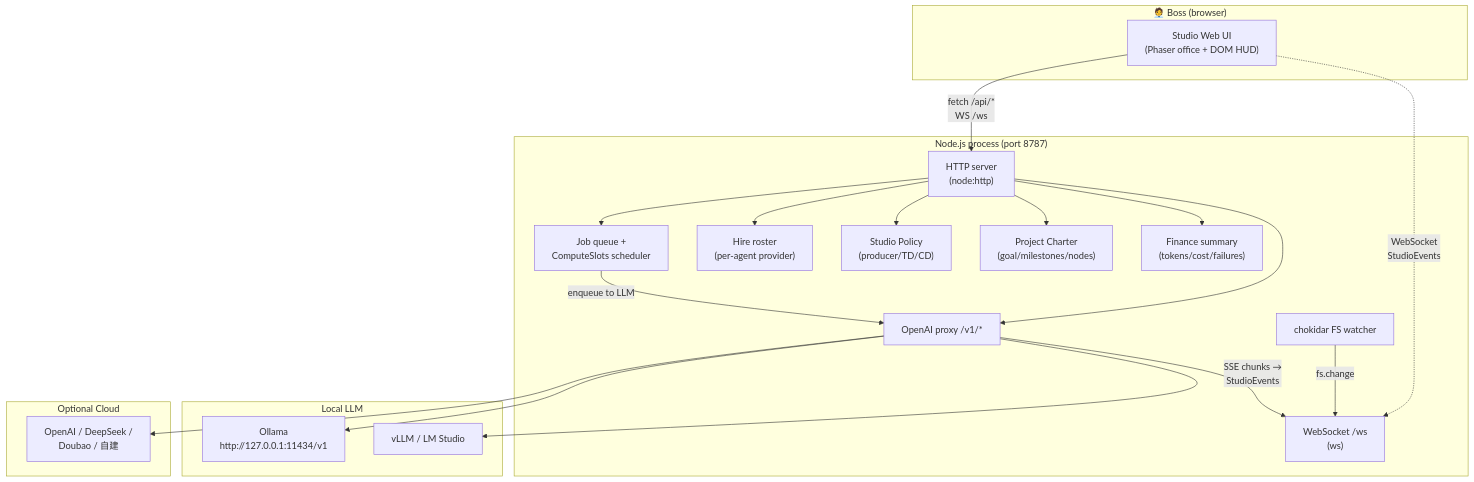
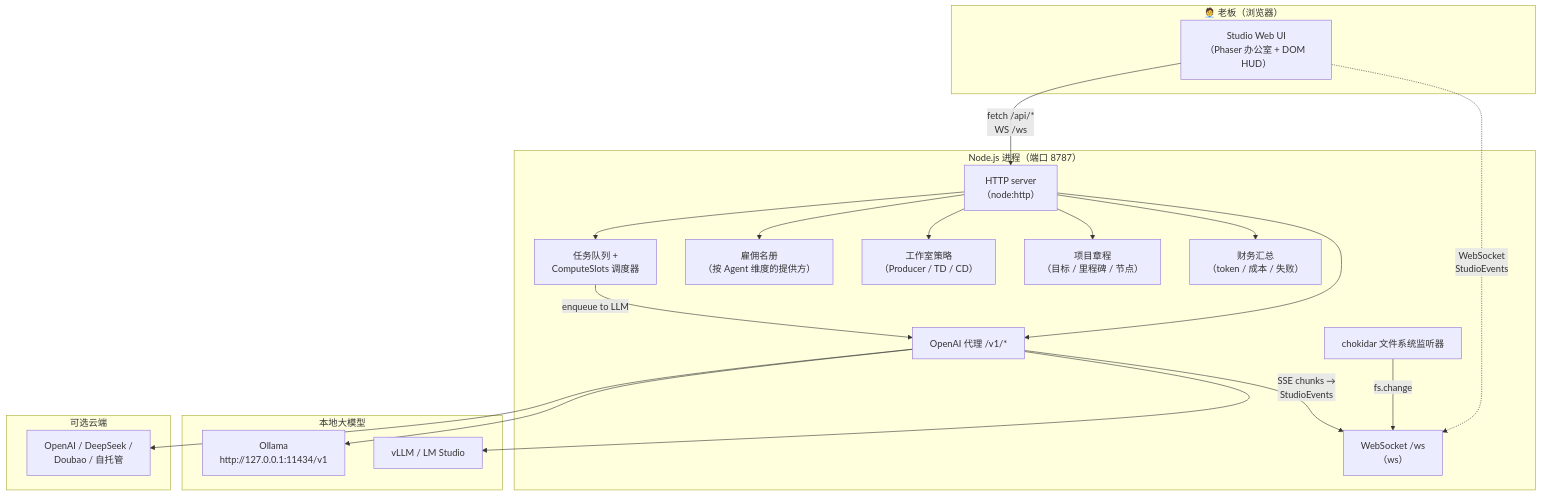
Before and after one commit to YeLuo45/AiGameAgent-design: the first of 3 diagrams in docs-site/architecture.md, drawn with Mermaid. The commit also changed other lines of this file and 16 other files, not shown here.

````diff
--- a/docs-site/architecture.md
+++ b/docs-site/architecture.md
@@ -7,42 +7,42 @@
 ```mermaid
 flowchart TB
-  subgraph Boss["🧑‍💼 Boss (browser)"]
-    UI["Studio Web UI<br/>(Phaser office + DOM HUD)"]
+  subgraph Boss["🧑‍💼 老板（浏览器）"]
+    UI["Studio Web UI<br/>（Phaser 办公室 + DOM HUD）"]
   end
 
-  subgraph Server["Node.js process (port 8787)"]
-    HTTP["HTTP server<br/>(node:http)"]
-    WS["WebSocket /ws<br/>(ws)"]
-    FS["chokidar FS watcher"]
-    Queue["Job queue +<br/>ComputeSlots scheduler"]
-    Hire["Hire roster<br/>(per-agent provider)"]
-    Policy["Studio Policy<br/>(producer/TD/CD)"]
-    Charter["Project Charter<br/>(goal/milestones/nodes)"]
-    Finance["Finance summary<br/>(tokens/cost/failures)"]
-    Proxy["OpenAI proxy /v1/*"]
+  subgraph Server["Node.js 进程（端口 8787）"]
+    HTTP["HTTP server<br/>（node:http）"]
+    WS["WebSocket /ws<br/>（ws）"]
+    FS["chokidar 文件系统监听器"]
+    Queue["任务队列 +<br/>ComputeSlots 调度器"]
+    Hire["雇佣名册<br/>（按 Agent 维度的提供方）"]
+    Policy["工作室策略<br/>（Producer / TD / CD）"]
+    Charter["项目章程<br/>（目标 / 里程碑 / 节点）"]
+    Finance["财务汇总<br/>（token / 成本 / 失败）"]
+    Proxy["OpenAI 代理 /v1/*"]
   end
 
-  subgraph Local["Local LLM"]
+  subgraph Local["本地大模型"]
     Ollama["Ollama<br/>http://127.0.0.1:11434/v1"]
     vLLM["vLLM / LM Studio"]
   end
 
-  subgraph Cloud["Optional Cloud"]
-    API["OpenAI / DeepSeek /<br/>Doubao / 自建"]
+  subgraph Cloud["可选云端"]
+    API["OpenAI / DeepSeek /<br/>Doubao / 自托管"]
   end
 
   UI -->|fetch /api/*<br/>WS /ws| HTTP
   UI -.->|WebSocket<br/>StudioEvents| WS
   FS -->|fs.change| WS
   HTTP --> Queue
   HTTP --> Hire
   HTTP --> Policy
   HTTP --> Charter
   HTTP --> Finance
   HTTP --> Proxy
   Proxy --> Ollama
   Proxy --> vLLM
   Proxy --> API
   Proxy -->|SSE chunks →<br/>StudioEvents| WS
   Queue -->|enqueue to LLM| Proxy
 ```
````
